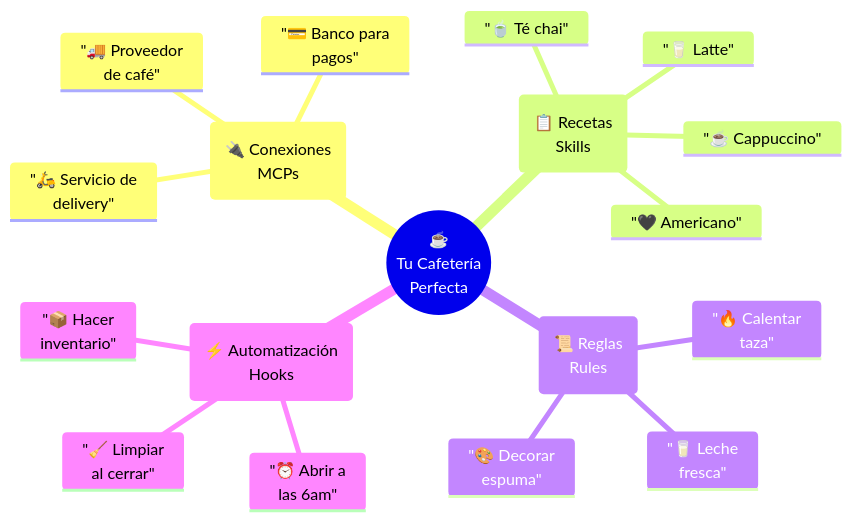
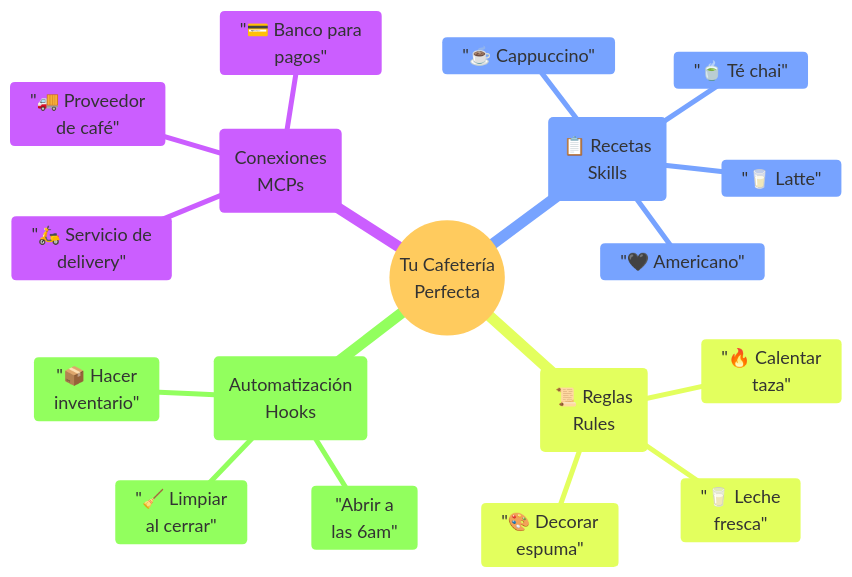
Before and after one commit to Ai-Whisperers/Courses-Content: the first of 16 diagrams in courses/🟡-development/FPUNA-2026/00-FUNDAMENTOS-PRINCIPALES/02-maestria-configuracion.md, drawn with Mermaid. The commit also changed other lines of this file and 47 other files, not shown here.

First line of the commit message:
fix: Make all 473 diagrams WCAG AAA accessible (FPUNA-2026)

````diff
--- a/courses/🟡-development/FPUNA-2026/00-FUNDAMENTOS-PRINCIPALES/02-maestria-configuracion.md
+++ b/courses/🟡-development/FPUNA-2026/00-FUNDAMENTOS-PRINCIPALES/02-maestria-configuracion.md
@@ -77,21 +77,22 @@
 ```mermaid
+%%{init: {'theme':'base', 'themeVariables': {'fontSize':'18px'}}}%%
 mindmap
-  root(("☕<br/>Tu Cafetería<br/>Perfecta"))
-    ("🔌 Conexiones<br/>MCPs")
+  root(("Tu Cafetería<br/>Perfecta"))
+    ("Conexiones<br/>MCPs")
       "🚚 Proveedor<br/>de café"
       "💳 Banco para<br/>pagos"
       "🛵 Servicio de<br/>delivery"
     ("📋 Recetas<br/>Skills")
       "☕ Cappuccino"
       "🥛 Latte"
       "🖤 Americano"
       "🍵 Té chai"
     ("📜 Reglas<br/>Rules")
       "🔥 Calentar<br/>taza"
       "🥛 Leche<br/>fresca"
       "🎨 Decorar<br/>espuma"
-    ("⚡ Automatización<br/>Hooks")
-      "⏰ Abrir a<br/>las 6am"
+    ("Automatización<br/>Hooks")
+      "Abrir a<br/>las 6am"
       "🧹 Limpiar<br/>al cerrar"
       "📦 Hacer<br/>inventario"
 ```
````
